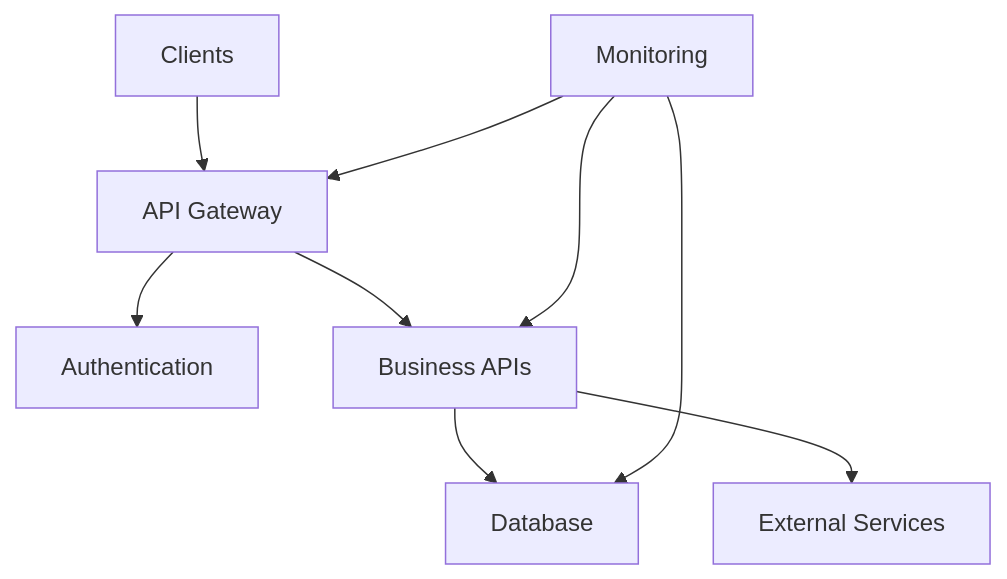
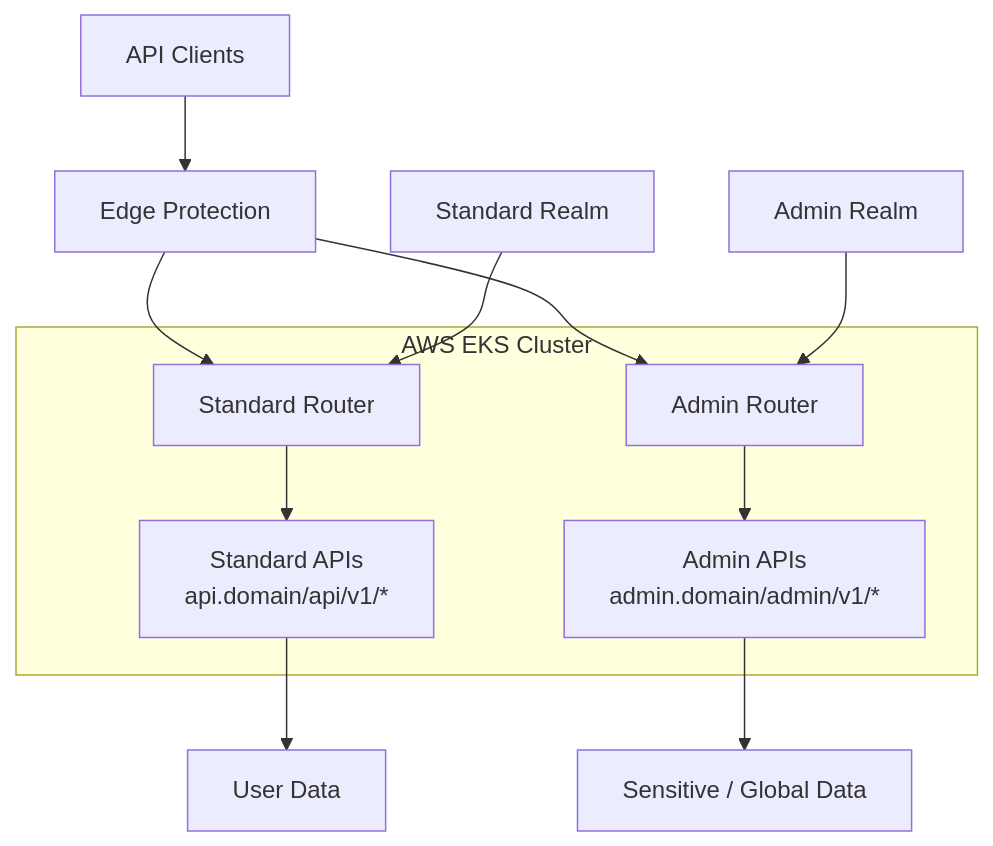
Before and after one commit to wagov-dtt/architecture-decision-records: the diagram in reference-architectures/openapi-backends.qmd, drawn with Mermaid. The commit also changed other lines of this file and 4 other files, not shown here.

Commit message:
identity management / openapi ref architecture

````diff
--- a/reference-architectures/openapi-backends.qmd
+++ b/reference-architectures/openapi-backends.qmd
@@ -18,12 +18,17 @@
 ```{mermaid}
 graph TB
-    Client[Clients] --> Gateway[API Gateway]
-    Gateway --> Auth[Authentication]
-    Gateway --> API[Business APIs]
-    API --> DB[Database]
-    API --> External[External Services]
+    Clients[API Clients] --> Edge[Edge Protection]
+    Edge --> StandardRouter[Standard Router]
+    Edge --> AdminRouter[Admin Router]
     
-    Monitor[Monitoring] --> Gateway
-    Monitor --> API
-    Monitor --> DB
+    StandardRealm[Standard Realm] --> StandardRouter
+    AdminRealm[Admin Realm] --> AdminRouter
+    
+    subgraph EKS[AWS EKS Cluster]
+        StandardRouter --> StandardAPI[Standard APIs<br/>api.domain/api/v1/*]
+        AdminRouter --> AdminAPI[Admin APIs<br/>admin.domain/admin/v1/*]
+    end
+    
+    StandardAPI --> UserData[User Data]
+    AdminAPI --> SensitiveData[Sensitive / Global Data]
 ```
````
